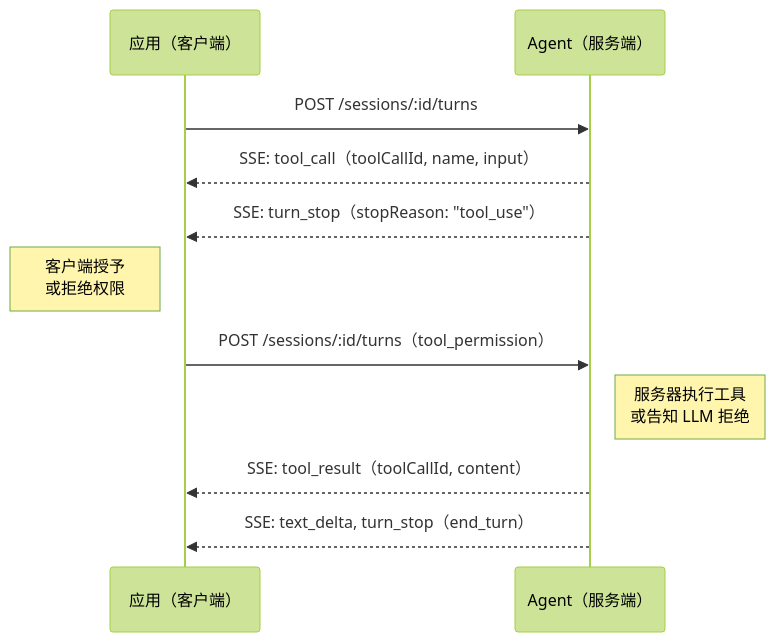
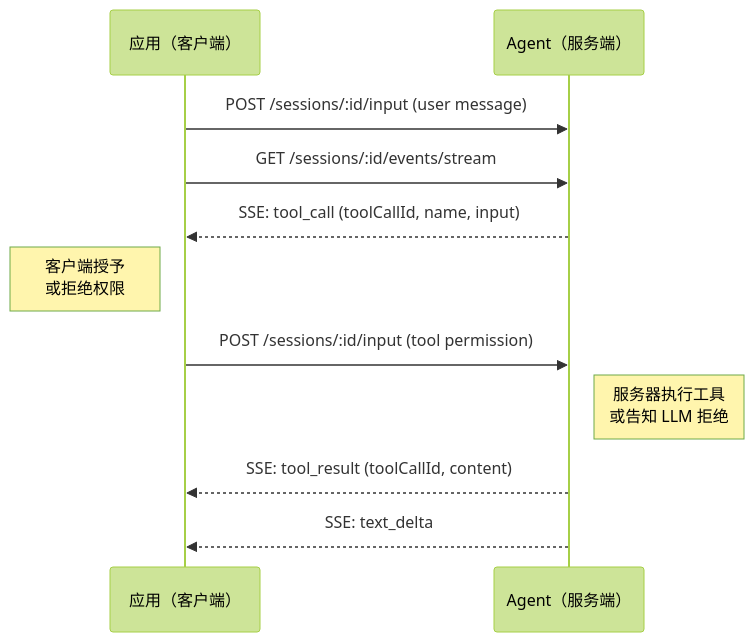
One commit to agentapplicationprotocol/agent-application-protocol changed the third of 4 diagrams in docs/zh/tool-call.md. Above: the diagram before and after it, drawn with Mermaid (forest theme). The commit also changed other lines of this file and 27 other files, not shown here.

````diff
--- a/docs/zh/tool-call.md
+++ b/docs/zh/tool-call.md
@@ -58,14 +59,14 @@
 ```mermaid
 sequenceDiagram
     participant App as 应用（客户端）
     participant Agent as Agent（服务端）
 
-    App->>Agent: POST /sessions/:id/turns
-    Agent-->>App: SSE: tool_call（toolCallId, name, input）
-    Agent-->>App: SSE: turn_stop（stopReason: "tool_use"）
+    App->>Agent: POST /sessions/:id/input (user message)
+    App->>Agent: GET /sessions/:id/events/stream
+    Agent-->>App: SSE: tool_call (toolCallId, name, input)
     Note left of App: 客户端授予<br/>或拒绝权限
-    App->>Agent: POST /sessions/:id/turns（tool_permission）
+    App->>Agent: POST /sessions/:id/input (tool permission)
     Note right of Agent: 服务器执行工具<br/>或告知 LLM 拒绝
-    Agent-->>App: SSE: tool_result（toolCallId, content）
-    Agent-->>App: SSE: text_delta, turn_stop（end_turn）
+    Agent-->>App: SSE: tool_result (toolCallId, content)
+    Agent-->>App: SSE: text_delta
 ```
````
